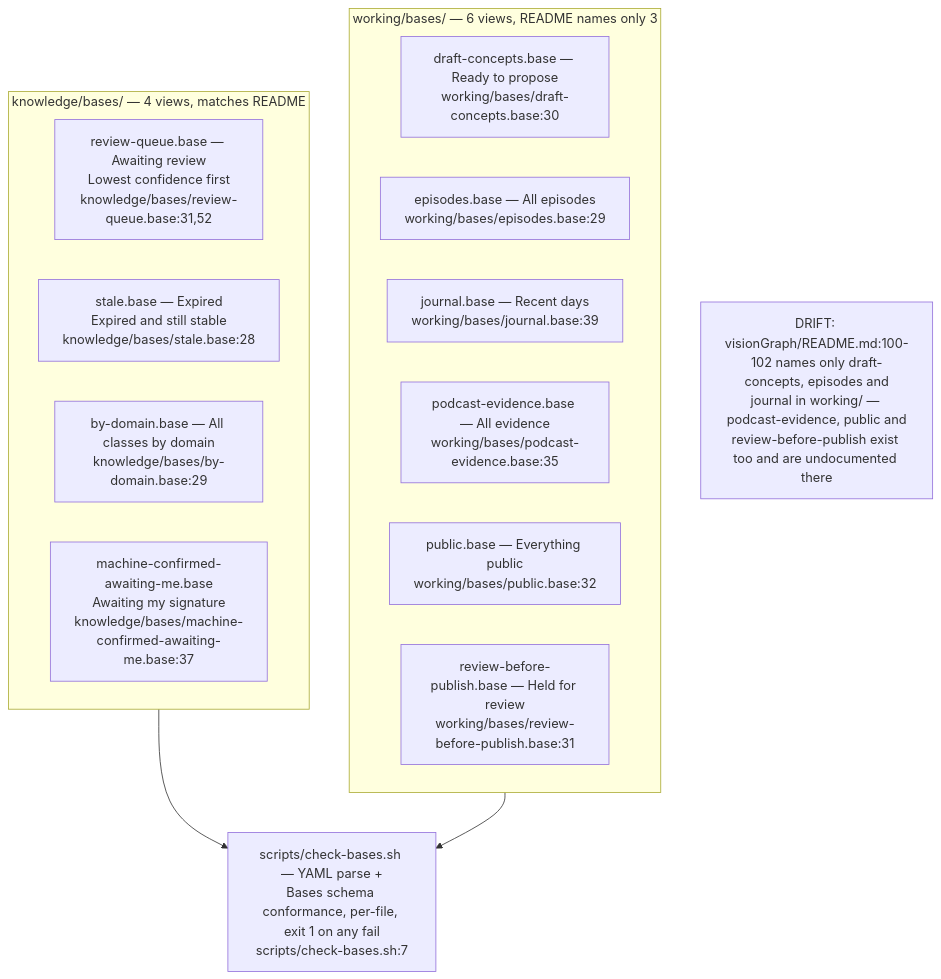
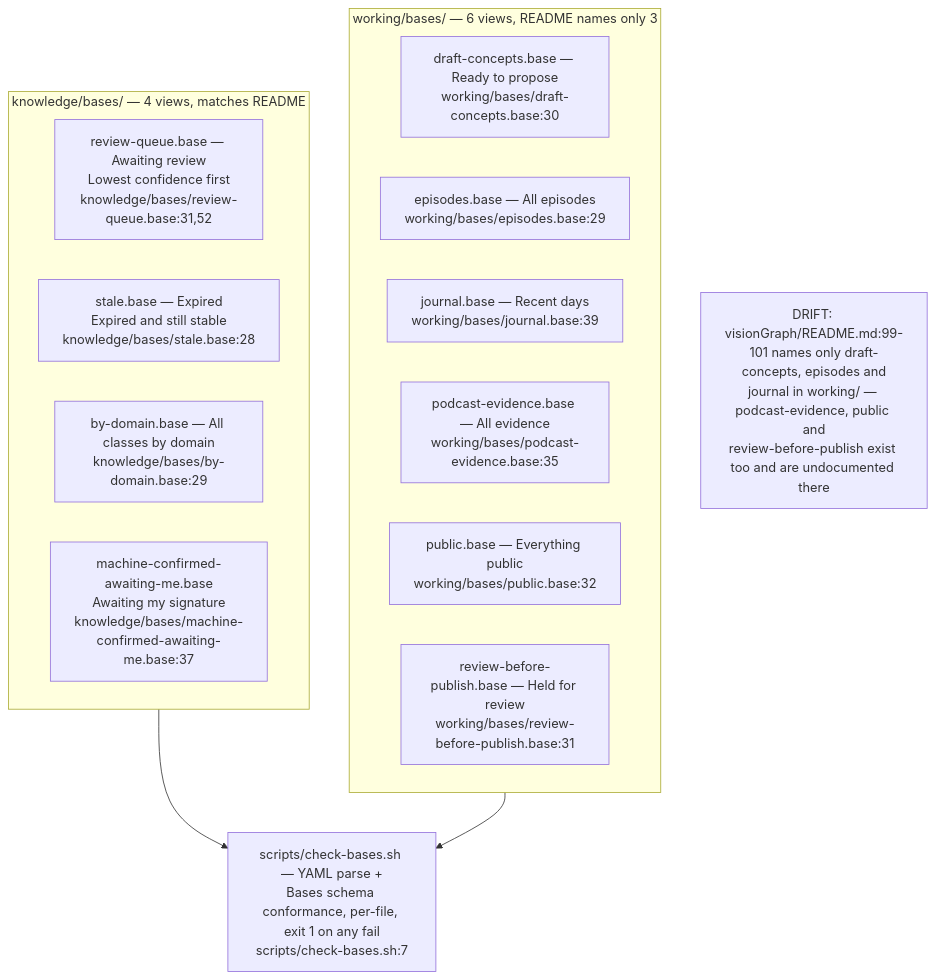
One commit to DreamLab-AI/VisionFlow changed the fifth of 6 diagrams in docs/diagrams/visiongraph/01-vault-structure-and-contract.md. Above: the diagram before and after it, drawn with Mermaid. The commit also changed other lines of this file and 94 other files, not shown here.

First line of the commit message:
docs(diagrams): re-verify 130 topics against 2 October HEADs

````diff
--- a/docs/diagrams/visiongraph/01-vault-structure-and-contract.md
+++ b/docs/diagrams/visiongraph/01-vault-structure-and-contract.md
@@ -128,21 +137,21 @@
 ```mermaid
 flowchart TB
     subgraph KB["knowledge/bases/ — 4 views, matches README"]
         RQ["review-queue.base — Awaiting review<br/>Lowest confidence first<br/>knowledge/bases/review-queue.base:31,52"]
         ST["stale.base — Expired<br/>Expired and still stable<br/>knowledge/bases/stale.base:28"]
         BD["by-domain.base — All classes by domain<br/>knowledge/bases/by-domain.base:29"]
         MC["machine-confirmed-awaiting-me.base<br/>Awaiting my signature<br/>knowledge/bases/machine-confirmed-awaiting-me.base:37"]
     end
     subgraph WB["working/bases/ — 6 views, README names only 3"]
         DC["draft-concepts.base — Ready to propose<br/>working/bases/draft-concepts.base:30"]
         EP["episodes.base — All episodes<br/>working/bases/episodes.base:29"]
         JR["journal.base — Recent days<br/>working/bases/journal.base:39"]
         PE["podcast-evidence.base — All evidence<br/>working/bases/podcast-evidence.base:35"]
         PB["public.base — Everything public<br/>working/bases/public.base:32"]
         RB["review-before-publish.base — Held for review<br/>working/bases/review-before-publish.base:31"]
     end
     CHK["scripts/check-bases.sh — YAML parse +<br/>Bases schema conformance, per-file, exit 1 on any fail<br/>scripts/check-bases.sh:7"]
     KB --> CHK
     WB --> CHK
-    note1["DRIFT: visionGraph/README.md:100-102 names only draft-concepts, episodes and<br/>journal in working#47; — podcast-evidence, public and<br/>review-before-publish exist too and are undocumented there"]
+    note1["DRIFT: visionGraph/README.md:99-101 names only draft-concepts, episodes and<br/>journal in working#47; — podcast-evidence, public and<br/>review-before-publish exist too and are undocumented there"]
 ```
````
